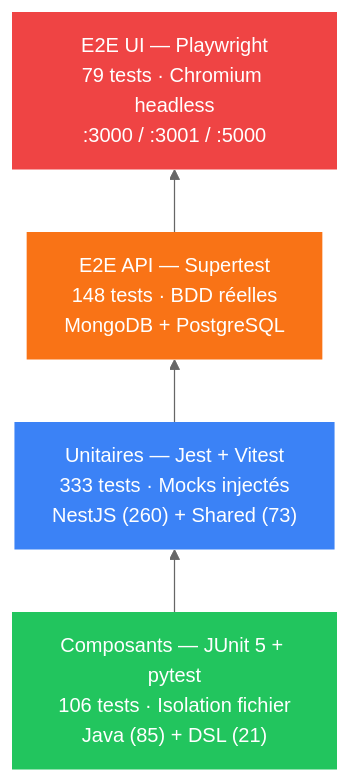
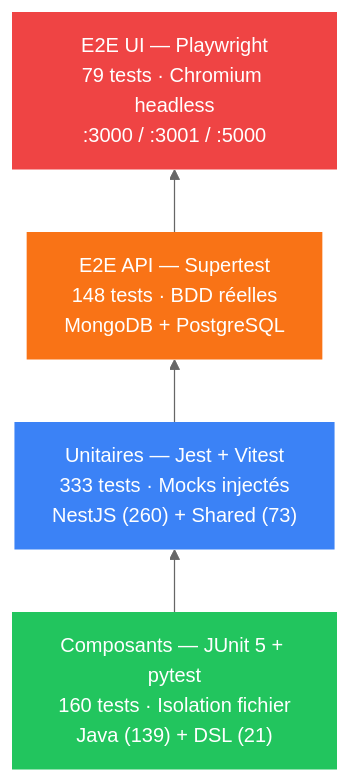
Before and after one commit to creibaud/QuartierConnect: the first of 2 diagrams in docs/TEST.md, drawn with Mermaid (neutral theme). The commit also changed other lines of this file and 4 other files, not shown here.

Commit message:
docs: refresh architecture, plugins, security, and tests

````diff
--- a/docs/TEST.md
+++ b/docs/TEST.md
@@ -52,19 +52,19 @@
 ```mermaid
 flowchart BT
     classDef e2eui fill:#ef4444,color:#fff,stroke:none
     classDef e2eapi fill:#f97316,color:#fff,stroke:none
     classDef unit fill:#3b82f6,color:#fff,stroke:none
     classDef comp fill:#22c55e,color:#fff,stroke:none
 
     E2EUI["E2E UI — Playwright<br/>79 tests · Chromium headless<br/>:3000 / :3001 / :5000"]
     E2EAPI["E2E API — Supertest<br/>148 tests · BDD réelles<br/>MongoDB + PostgreSQL"]
     UNIT["Unitaires — Jest + Vitest<br/>333 tests · Mocks injectés<br/>NestJS (260) + Shared (73)"]
-    COMP["Composants — JUnit 5 + pytest<br/>106 tests · Isolation fichier<br/>Java (85) + DSL (21)"]
+    COMP["Composants — JUnit 5 + pytest<br/>160 tests · Isolation fichier<br/>Java (139) + DSL (21)"]
 
     COMP --> UNIT --> E2EAPI --> E2EUI
 
     class E2EUI e2eui
     class E2EAPI e2eapi
     class UNIT unit
     class COMP comp
 ```
````
